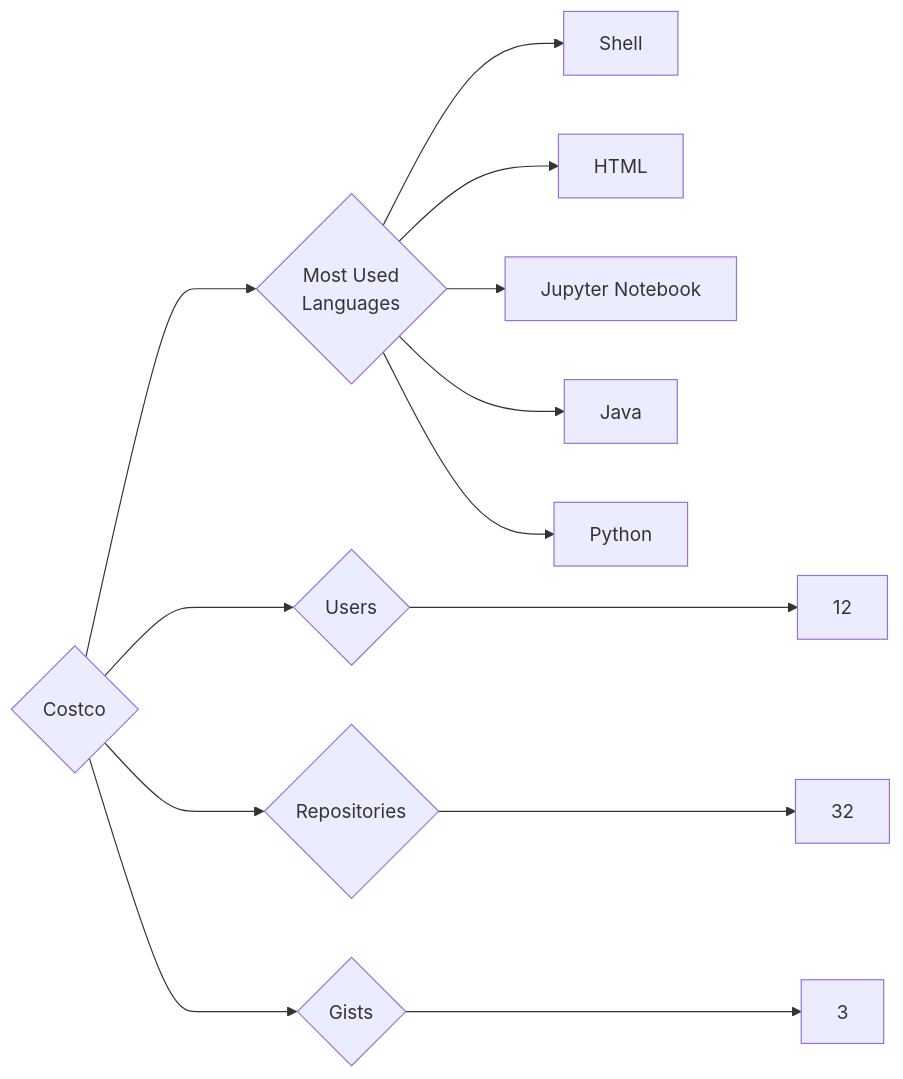
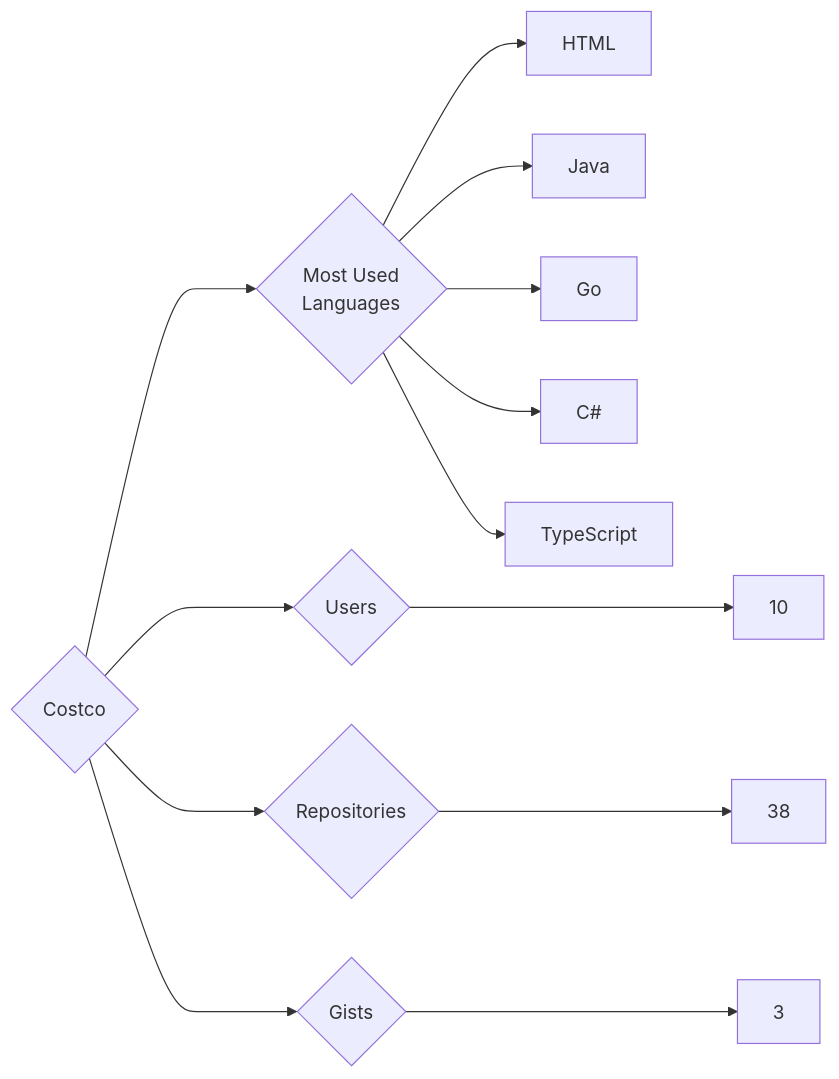
One commit to trickest/insiders changed the diagram in targets/Costco/README.md. Above: the diagram before and after it, drawn with Mermaid. The commit also changed 953 other files, not shown here.

````diff
--- a/targets/Costco/README.md
+++ b/targets/Costco/README.md
@@ -3,13 +3,13 @@
 ```mermaid
 graph LR
 COMPANY_NAME{Costco}
-COMPANY_NAME ---> U{Users} ---> UN[12]
-COMPANY_NAME ---> R{Repositories} ---> RN[32]
+COMPANY_NAME ---> U{Users} ---> UN[10]
+COMPANY_NAME ---> R{Repositories} ---> RN[38]
 COMPANY_NAME ---> G{Gists} ---> GN[3]
 COMPANY_NAME ---> ML{Most Used<br>Languages}
-ML --> Shell[Shell]
 ML --> HTML[HTML]
-ML --> Jupyter_Notebook[Jupyter Notebook]
 ML --> Java[Java]
-ML --> Python[Python]
+ML --> Go[Go]
+ML --> C#[C#]
+ML --> TypeScript[TypeScript]
 ```
````
